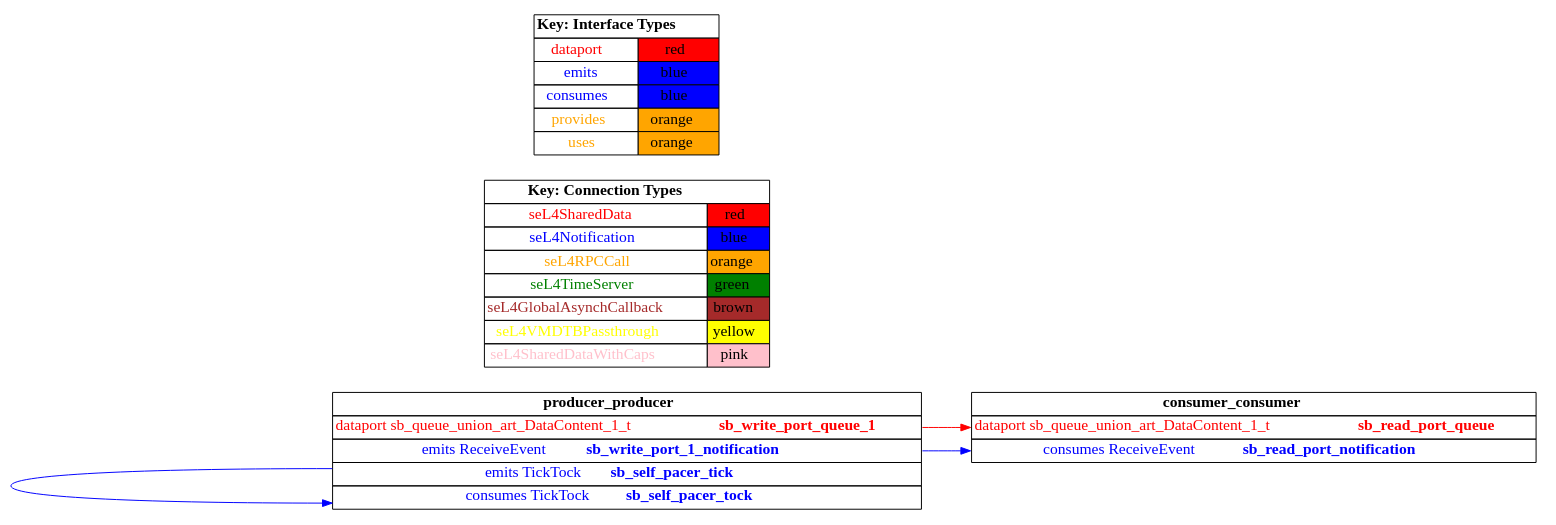
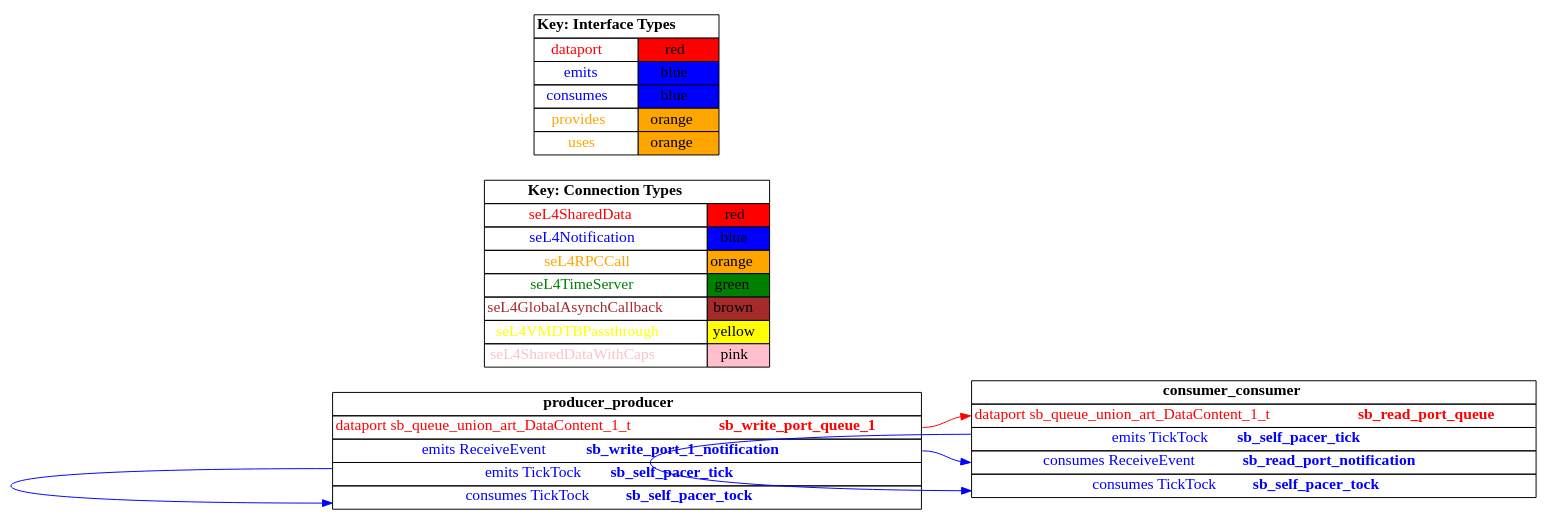
The diagram in TA5/tool-assessment-4/basic/test_event_data_port_periodic_domains/hamr/camkes/graph.dot (loonwerks/CASE), drawn with Graphviz before and after one commit. The commit also changed 35 other files, not shown here.

```diff
--- a/TA5/tool-assessment-4/basic/test_event_data_port_periodic_domains/hamr/camkes/graph.dot
+++ b/TA5/tool-assessment-4/basic/test_event_data_port_periodic_domains/hamr/camkes/graph.dot
@@ -1,88 +1,97 @@
 digraph g {
 graph [
   overlap = false,
   rankdir = "LR"
 ];
 node [
   fontsize = "16",
   shape = "ellipse"
 ];
 edge [
 ];
 
 producer_producer [
   label=<
     <TABLE BORDER="0" CELLBORDER="1" CELLSPACING="0">
       <TR><TD><B>producer_producer</B></TD></TR>
       <TR><TD PORT="sb_write_port_queue_1"><FONT COLOR="red">dataport sb_queue_union_art_DataContent_1_t <B>sb_write_port_queue_1</B></FONT></TD></TR>
       <TR><TD PORT="sb_write_port_1_notification"><FONT COLOR="blue">emits ReceiveEvent <B>sb_write_port_1_notification</B></FONT></TD></TR>
       <TR><TD PORT="sb_self_pacer_tick"><FONT COLOR="blue">emits TickTock <B>sb_self_pacer_tick</B></FONT></TD></TR>
       <TR><TD PORT="sb_self_pacer_tock"><FONT COLOR="blue">consumes TickTock <B>sb_self_pacer_tock</B></FONT></TD></TR>"
     </TABLE>
   >
   shape=plaintext
 ];
 
 consumer_consumer [
   label=<
     <TABLE BORDER="0" CELLBORDER="1" CELLSPACING="0">
       <TR><TD><B>consumer_consumer</B></TD></TR>
       <TR><TD PORT="sb_read_port_queue"><FONT COLOR="red">dataport sb_queue_union_art_DataContent_1_t <B>sb_read_port_queue</B></FONT></TD></TR>
-      <TR><TD PORT="sb_read_port_notification"><FONT COLOR="blue">consumes ReceiveEvent <B>sb_read_port_notification</B></FONT></TD></TR>"
+      <TR><TD PORT="sb_self_pacer_tick"><FONT COLOR="blue">emits TickTock <B>sb_self_pacer_tick</B></FONT></TD></TR>
+      <TR><TD PORT="sb_read_port_notification"><FONT COLOR="blue">consumes ReceiveEvent <B>sb_read_port_notification</B></FONT></TD></TR>
+      <TR><TD PORT="sb_self_pacer_tock"><FONT COLOR="blue">consumes TickTock <B>sb_self_pacer_tock</B></FONT></TD></TR>"
     </TABLE>
   >
   shape=plaintext
 ];
 
 connectiontypekey [
   label=<
    <TABLE BORDER="0" CELLBORDER="1" CELLSPACING="0">
      <TR><TD COLSPAN="2"><B>Key: Connection Types</B></TD></TR>
      <TR><TD><FONT COLOR="red">seL4SharedData</FONT></TD><TD BGCOLOR="red">red</TD></TR>
      <TR><TD><FONT COLOR="blue">seL4Notification</FONT></TD><TD BGCOLOR="blue">blue</TD></TR>
      <TR><TD><FONT COLOR="orange">seL4RPCCall</FONT></TD><TD BGCOLOR="orange">orange</TD></TR>
      <TR><TD><FONT COLOR="green">seL4TimeServer</FONT></TD><TD BGCOLOR="green">green</TD></TR>
      <TR><TD><FONT COLOR="brown">seL4GlobalAsynchCallback</FONT></TD><TD BGCOLOR="brown">brown</TD></TR>
      <TR><TD><FONT COLOR="yellow">seL4VMDTBPassthrough</FONT></TD><TD BGCOLOR="yellow">yellow</TD></TR>
      <TR><TD><FONT COLOR="pink">seL4SharedDataWithCaps</FONT></TD><TD BGCOLOR="pink">pink</TD></TR>
    </TABLE>
   >
   shape=plaintext
 ];
 
 interfacetypekey [
   label=<
    <TABLE BORDER="0" CELLBORDER="1" CELLSPACING="0">
      <TR><TD COLSPAN="2"><B>Key: Interface Types</B></TD></TR>
      <TR><TD><FONT COLOR="red">dataport</FONT></TD><TD BGCOLOR="red">red</TD></TR>
      <TR><TD><FONT COLOR="blue">emits</FONT></TD><TD BGCOLOR="blue">blue</TD></TR>
      <TR><TD><FONT COLOR="blue">consumes</FONT></TD><TD BGCOLOR="blue">blue</TD></TR>
      <TR><TD><FONT COLOR="orange">provides</FONT></TD><TD BGCOLOR="orange">orange</TD></TR>
      <TR><TD><FONT COLOR="orange">uses</FONT></TD><TD BGCOLOR="orange">orange</TD></TR>
    </TABLE>
   >
   shape=plaintext
 ];
 
 "producer_producer":sb_write_port_1_notification -> "consumer_consumer":sb_read_port_notification [
   color="blue"
   //label = "seL4Notification"
   id = conn1
 
 ];
 
 "producer_producer":sb_write_port_queue_1 -> "consumer_consumer":sb_read_port_queue [
   color="red"
   //label = "seL4SharedData"
   id = conn2
 
 ];
 
 "producer_producer":sb_self_pacer_tick -> "producer_producer":sb_self_pacer_tock [
   color="blue"
   //label = "seL4Notification"
   id = conn3
 
 ];
 
+"consumer_consumer":sb_self_pacer_tick -> "consumer_consumer":sb_self_pacer_tock [
+  color="blue"
+  //label = "seL4Notification"
+  id = conn4
+
+];
+
 }
```
